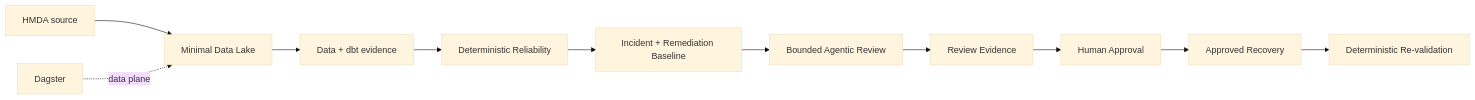
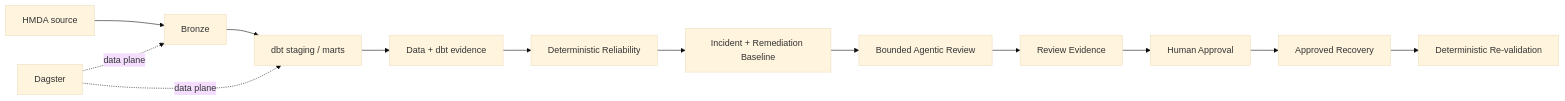
One commit to mols3131d/hmda-data-reliability changed the diagram in docs/development/mvp/README.md. Above: the diagram before and after it, drawn with Mermaid (base theme). The commit also changed other lines of this file and 6 other files, not shown here.

````diff
--- a/docs/development/mvp/README.md
+++ b/docs/development/mvp/README.md
@@ -30,14 +31,16 @@
 ```mermaid
 flowchart LR
-    source["HMDA source"] --> lake["Minimal Data Lake"]
-    lake --> evidence["Data + dbt evidence"]
+    source["HMDA source"] --> bronze["Bronze"]
+    bronze --> analytical["dbt staging / marts"]
+    analytical --> evidence["Data + dbt evidence"]
     evidence --> reliability["Deterministic Reliability"]
     reliability --> incident["Incident + Remediation Baseline"]
     incident --> agent["Bounded Agentic Review"]
     agent --> review["Review Evidence"]
     review --> human["Human Approval"]
     human --> recovery["Approved Recovery"]
     recovery --> verify["Deterministic Re-validation"]
 
-    dagster["Dagster"] -. data plane .-> lake
+    dagster["Dagster"] -. data plane .-> bronze
+    dagster -. data plane .-> analytical
 ```
````
